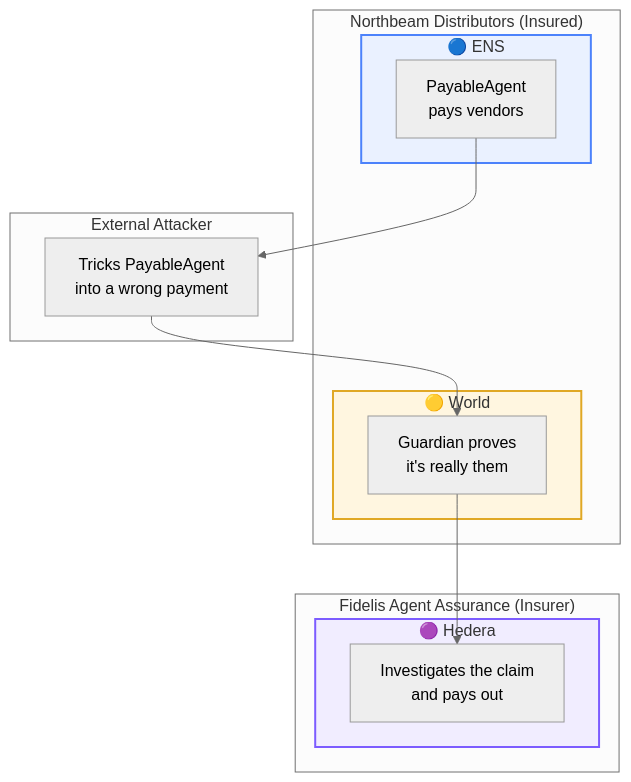
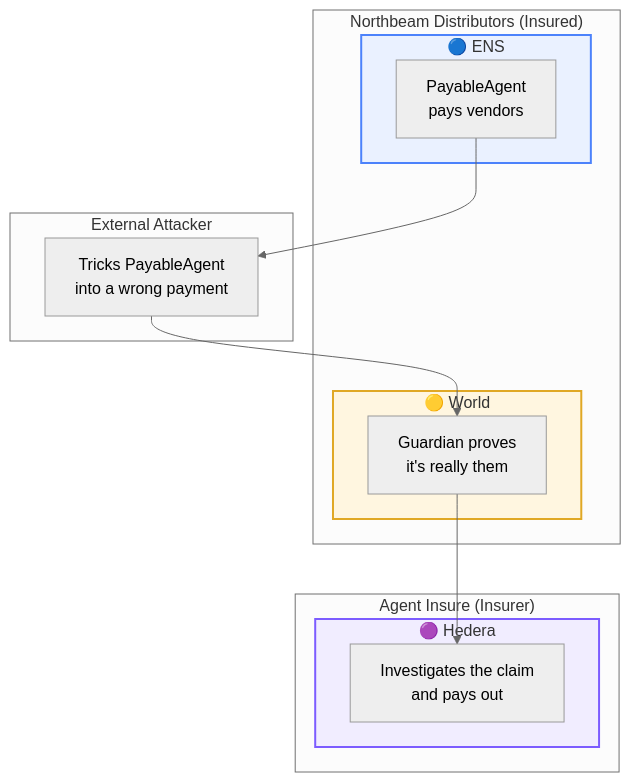
Before and after one commit to jianruan-io/agent-insure: the second of 4 diagrams in README.md, drawn with Mermaid (neutral theme). The commit also changed other lines of this file and 7 other files, not shown here.

````diff
--- a/README.md
+++ b/README.md
@@ -159,27 +159,27 @@
 ```mermaid
 flowchart TD
     subgraph NORTHBEAM1["Northbeam Distributors (Insured)"]
         subgraph ENS_SG1["🔵 ENS"]
             PA1["PayableAgent<br/>pays vendors"]
         end
         subgraph WORLD_SG1["🟡 World"]
             GUARD1["Guardian proves<br/>it's really them"]
         end
     end
 
     subgraph ATTACKER1["External Attacker"]
         MAL1["Tricks PayableAgent<br/>into a wrong payment"]
     end
 
-    subgraph FIDELIS1["Fidelis Agent Assurance (Insurer)"]
+    subgraph AGENTINSURE1["Agent Insure (Insurer)"]
         subgraph HEDERA_SG1["🟣 Hedera"]
             INS1["Investigates the claim<br/>and pays out"]
         end
     end
 
     PA1 --> MAL1 --> GUARD1 --> INS1
 
     style ENS_SG1 fill:#eaf1ff,stroke:#4c82fb,stroke-width:2px
     style WORLD_SG1 fill:#fff6e0,stroke:#e0a825,stroke-width:2px
     style HEDERA_SG1 fill:#f1edff,stroke:#7c5cff,stroke-width:2px
 ```
````
